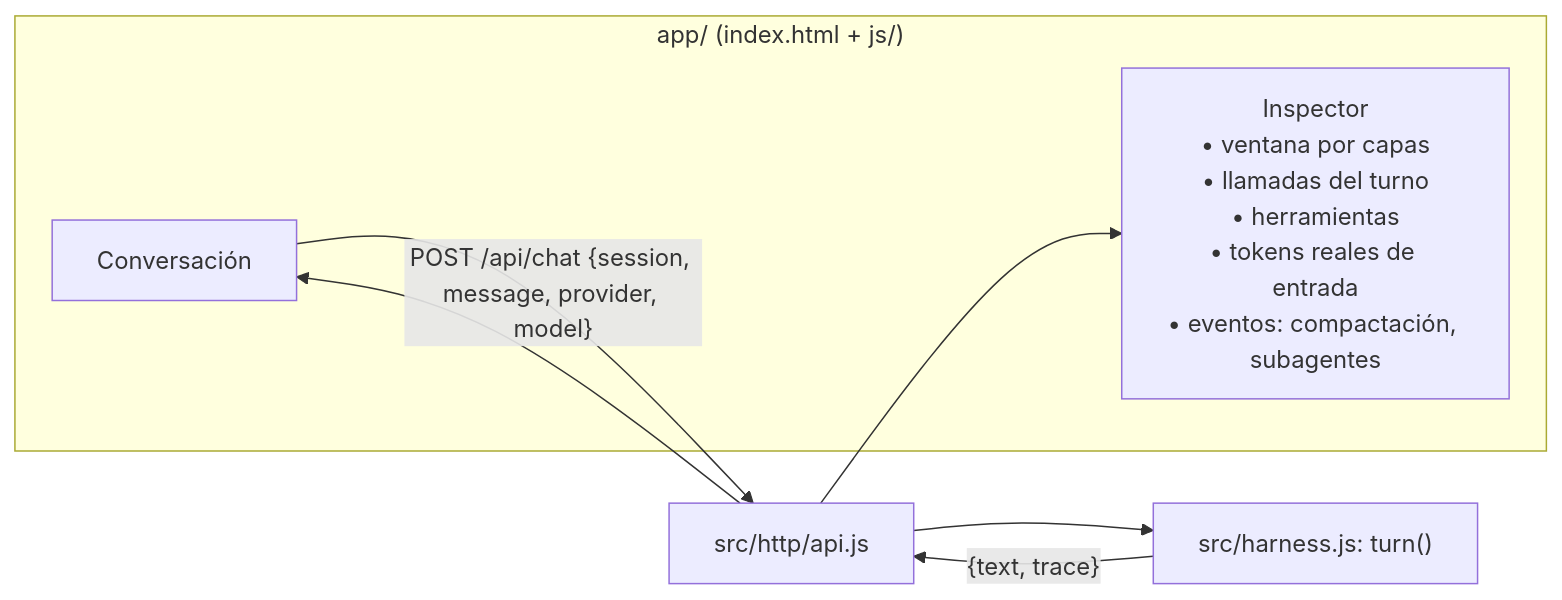
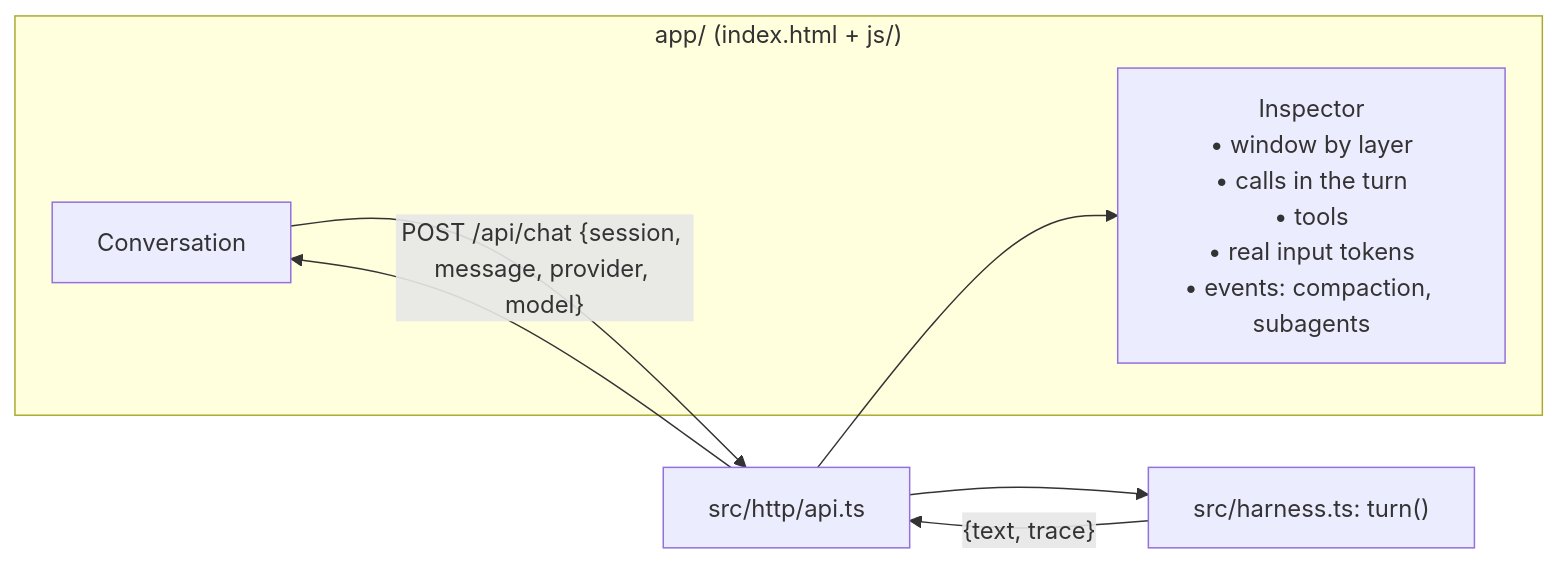
One commit to ada-school/ada-harness changed diagram 11 of 15 in README.md. Above: the diagram before and after it, drawn with Mermaid. The commit also changed other lines of this file and 95 other files, not shown here.

First line of the commit message:
feat(harness): run a usable chat from the TypeScript engine

````diff
--- a/README.md
+++ b/README.md
@@ -498,12 +518,12 @@
 ```mermaid
 flowchart LR
     subgraph UI["app/ (index.html + js/)"]
-        CHAT[Conversación]
-        INS["Inspector<br/>• ventana por capas<br/>• llamadas del turno<br/>• herramientas<br/>• tokens reales de entrada<br/>• eventos: compactación, subagentes"]
+        CHAT[Conversation]
+        INS["Inspector<br/>• window by layer<br/>• calls in the turn<br/>• tools<br/>• real input tokens<br/>• events: compaction, subagents"]
     end
-    CHAT -->|"POST /api/chat {session, message, provider, model}"| SRV[src/http/api.js]
-    SRV --> LOOP["src/harness.js: turn()"]
+    CHAT -->|"POST /api/chat {session, message, provider, model}"| SRV[src/http/api.ts]
+    SRV --> LOOP["src/harness.ts: turn()"]
     LOOP -->|"{text, trace}"| SRV
     SRV --> CHAT
     SRV --> INS
 ```
````
